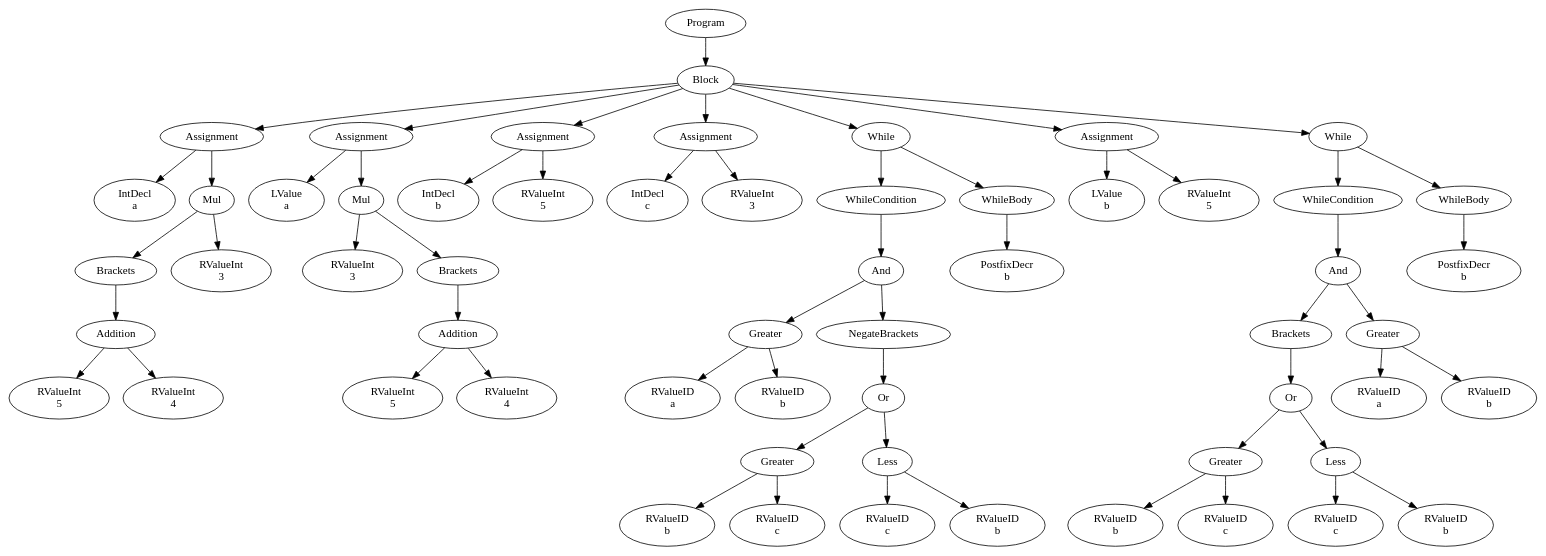
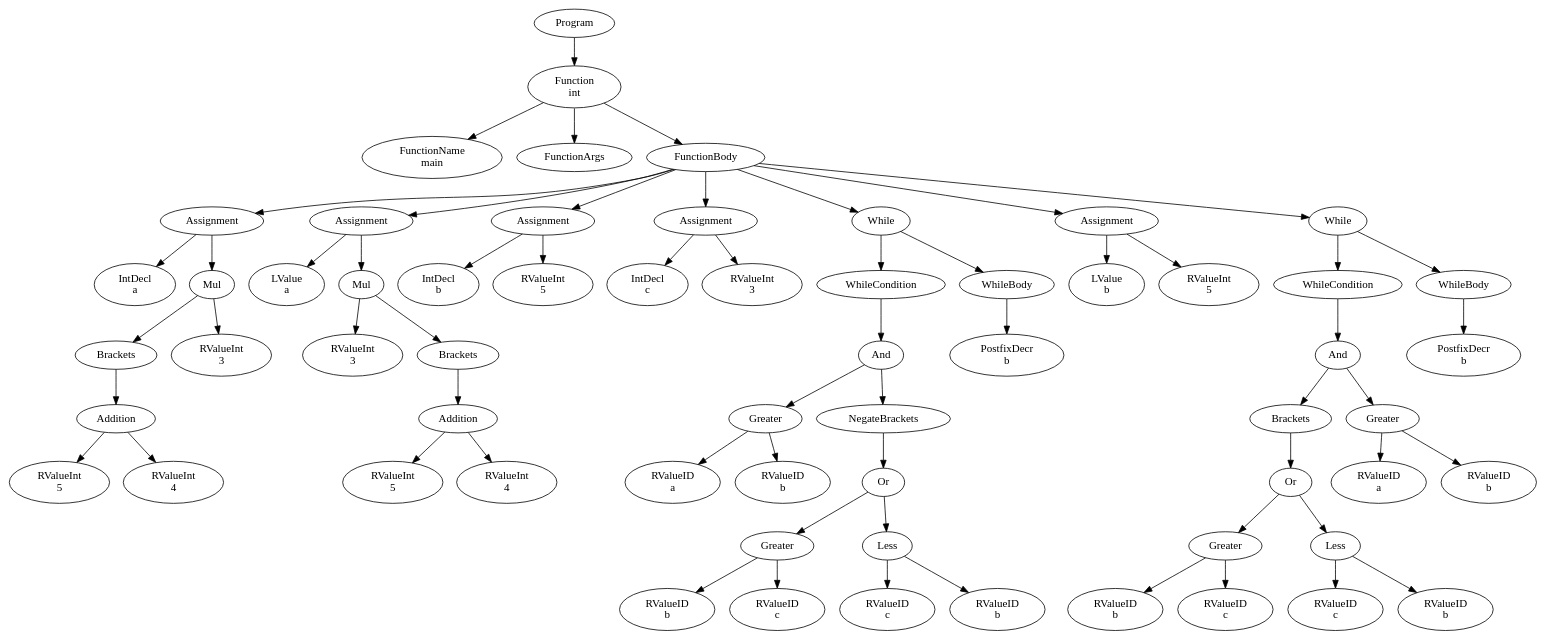
One commit to FedericoQuin/Compilers changed the diagram in official/res/solutions/brackets.dot. Above: the diagram before and after it, drawn with Graphviz. The commit also changed 24 other files, not shown here.

```diff
--- a/official/res/solutions/brackets.dot
+++ b/official/res/solutions/brackets.dot
@@ -1,119 +1,125 @@
 digraph AST {
-0 [label="Program"];
-1 [label="Block"];
-2 [label="Assignment"];
-3 [label="IntDecl \na"];
-4 [label="Mul"];
-5 [label="Brackets"];
-6 [label="Addition"];
-7 [label="RValueInt \n5"];
-8 [label="RValueInt \n4"];
+1 [label="Program"];
+2 [label="Function \nint"];
+3 [label="FunctionName \nmain"];
+4 [label="FunctionArgs"];
+5 [label="FunctionBody"];
+6 [label="Assignment"];
+7 [label="IntDecl \na"];
+8 [label="Mul"];
+9 [label="Brackets"];
+10 [label="Addition"];
+11 [label="RValueInt \n5"];
+12 [label="RValueInt \n4"];
+10 -> 11;
+10 -> 12;
+9 -> 10;
+13 [label="RValueInt \n3"];
+8 -> 9;
+8 -> 13;
 6 -> 7;
 6 -> 8;
+14 [label="Assignment"];
+15 [label="LValue \na"];
+16 [label="Mul"];
+17 [label="RValueInt \n3"];
+18 [label="Brackets"];
+19 [label="Addition"];
+20 [label="RValueInt \n5"];
+21 [label="RValueInt \n4"];
+19 -> 20;
+19 -> 21;
+18 -> 19;
+16 -> 17;
+16 -> 18;
+14 -> 15;
+14 -> 16;
+22 [label="Assignment"];
+23 [label="IntDecl \nb"];
+24 [label="RValueInt \n5"];
+22 -> 23;
+22 -> 24;
+25 [label="Assignment"];
+26 [label="IntDecl \nc"];
+27 [label="RValueInt \n3"];
+25 -> 26;
+25 -> 27;
+28 [label="While"];
+29 [label="WhileCondition"];
+30 [label="And"];
+31 [label="Greater"];
+32 [label="RValueID \na"];
+33 [label="RValueID \nb"];
+31 -> 32;
+31 -> 33;
+34 [label="NegateBrackets"];
+35 [label="Or"];
+36 [label="Greater"];
+37 [label="RValueID \nb"];
+38 [label="RValueID \nc"];
+36 -> 37;
+36 -> 38;
+39 [label="Less"];
+40 [label="RValueID \nc"];
+41 [label="RValueID \nb"];
+39 -> 40;
+39 -> 41;
+35 -> 36;
+35 -> 39;
+34 -> 35;
+30 -> 31;
+30 -> 34;
+29 -> 30;
+42 [label="WhileBody"];
+43 [label="PostfixDecr \nb"];
+42 -> 43;
+28 -> 29;
+28 -> 42;
+44 [label="Assignment"];
+45 [label="LValue \nb"];
+46 [label="RValueInt \n5"];
+44 -> 45;
+44 -> 46;
+47 [label="While"];
+48 [label="WhileCondition"];
+49 [label="And"];
+50 [label="Brackets"];
+51 [label="Or"];
+52 [label="Greater"];
+53 [label="RValueID \nb"];
+54 [label="RValueID \nc"];
+52 -> 53;
+52 -> 54;
+55 [label="Less"];
+56 [label="RValueID \nc"];
+57 [label="RValueID \nb"];
+55 -> 56;
+55 -> 57;
+51 -> 52;
+51 -> 55;
+50 -> 51;
+58 [label="Greater"];
+59 [label="RValueID \na"];
+60 [label="RValueID \nb"];
+58 -> 59;
+58 -> 60;
+49 -> 50;
+49 -> 58;
+48 -> 49;
+61 [label="WhileBody"];
+62 [label="PostfixDecr \nb"];
+61 -> 62;
+47 -> 48;
+47 -> 61;
 5 -> 6;
-9 [label="RValueInt \n3"];
-4 -> 5;
-4 -> 9;
+5 -> 14;
+5 -> 22;
+5 -> 25;
+5 -> 28;
+5 -> 44;
+5 -> 47;
 2 -> 3;
 2 -> 4;
-10 [label="Assignment"];
-11 [label="LValue \na"];
-12 [label="Mul"];
-13 [label="RValueInt \n3"];
-14 [label="Brackets"];
-15 [label="Addition"];
-16 [label="RValueInt \n5"];
-17 [label="RValueInt \n4"];
-15 -> 16;
-15 -> 17;
-14 -> 15;
-12 -> 13;
-12 -> 14;
-10 -> 11;
-10 -> 12;
-18 [label="Assignment"];
-19 [label="IntDecl \nb"];
-20 [label="RValueInt \n5"];
-18 -> 19;
-18 -> 20;
-21 [label="Assignment"];
-22 [label="IntDecl \nc"];
-23 [label="RValueInt \n3"];
-21 -> 22;
-21 -> 23;
-24 [label="While"];
-25 [label="WhileCondition"];
-26 [label="And"];
-27 [label="Greater"];
-28 [label="RValueID \na"];
-29 [label="RValueID \nb"];
-27 -> 28;
-27 -> 29;
-30 [label="NegateBrackets"];
-31 [label="Or"];
-32 [label="Greater"];
-33 [label="RValueID \nb"];
-34 [label="RValueID \nc"];
-32 -> 33;
-32 -> 34;
-35 [label="Less"];
-36 [label="RValueID \nc"];
-37 [label="RValueID \nb"];
-35 -> 36;
-35 -> 37;
-31 -> 32;
-31 -> 35;
-30 -> 31;
-26 -> 27;
-26 -> 30;
-25 -> 26;
-38 [label="WhileBody"];
-39 [label="PostfixDecr \nb"];
-38 -> 39;
-24 -> 25;
-24 -> 38;
-40 [label="Assignment"];
-41 [label="LValue \nb"];
-42 [label="RValueInt \n5"];
-40 -> 41;
-40 -> 42;
-43 [label="While"];
-44 [label="WhileCondition"];
-45 [label="And"];
-46 [label="Brackets"];
-47 [label="Or"];
-48 [label="Greater"];
-49 [label="RValueID \nb"];
-50 [label="RValueID \nc"];
-48 -> 49;
-48 -> 50;
-51 [label="Less"];
-52 [label="RValueID \nc"];
-53 [label="RValueID \nb"];
-51 -> 52;
-51 -> 53;
-47 -> 48;
-47 -> 51;
-46 -> 47;
-54 [label="Greater"];
-55 [label="RValueID \na"];
-56 [label="RValueID \nb"];
-54 -> 55;
-54 -> 56;
-45 -> 46;
-45 -> 54;
-44 -> 45;
-57 [label="WhileBody"];
-58 [label="PostfixDecr \nb"];
-57 -> 58;
-43 -> 44;
-43 -> 57;
+2 -> 5;
 1 -> 2;
-1 -> 10;
-1 -> 18;
-1 -> 21;
-1 -> 24;
-1 -> 40;
-1 -> 43;
-0 -> 1;
 }
```
